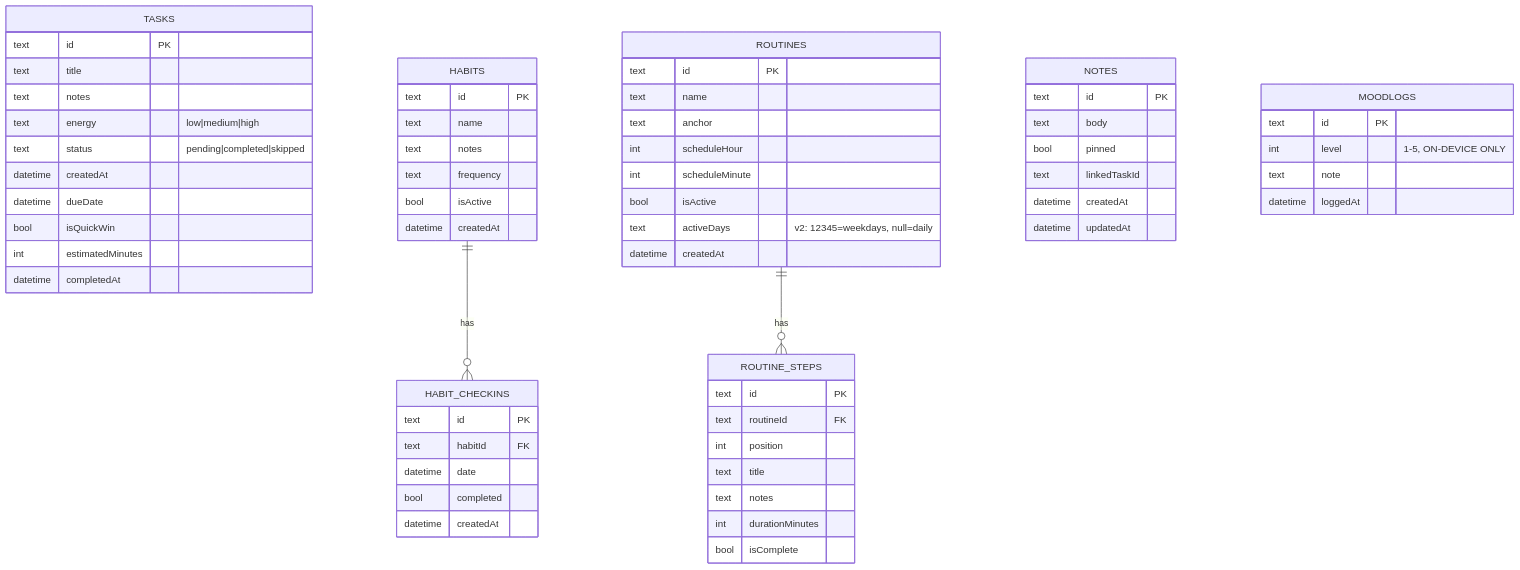
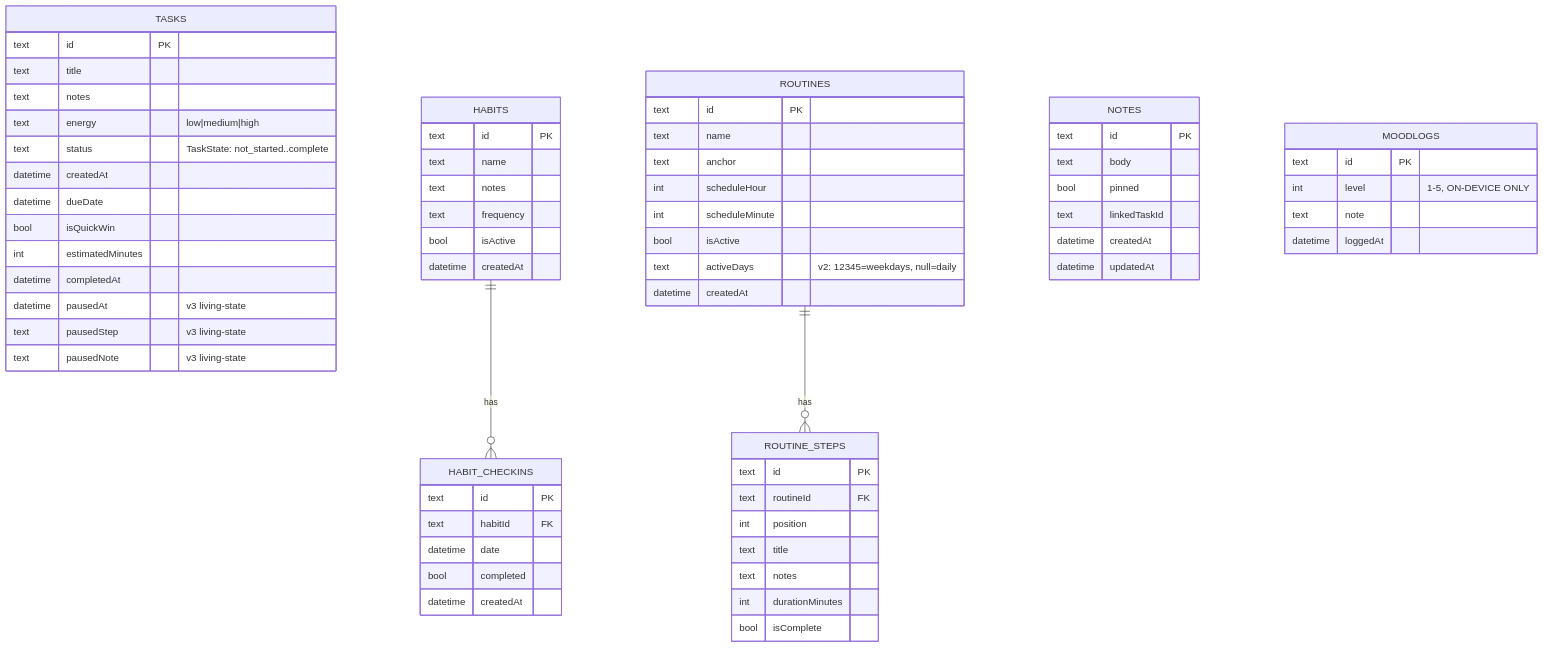
Before and after one commit to starwolf0007/ADD-Health-Tracking: the third of 6 diagrams in MERMAID_DIAGRAMS.md, drawn with Mermaid. The commit also changed other lines of this file and 5 other files, not shown here.

First line of the commit message:
Reconcile Continuity Binder with Phase 2 (living-state + timeline)

````diff
--- a/MERMAID_DIAGRAMS.md
+++ b/MERMAID_DIAGRAMS.md
@@ -105,66 +105,69 @@
 ```mermaid
 erDiagram
     TASKS {
         text id PK
         text title
         text notes
         text energy "low|medium|high"
-        text status "pending|completed|skipped"
+        text status "TaskState: not_started..complete"
         datetime createdAt
         datetime dueDate
         bool isQuickWin
         int estimatedMinutes
         datetime completedAt
+        datetime pausedAt "v3 living-state"
+        text pausedStep "v3 living-state"
+        text pausedNote "v3 living-state"
     }
     HABITS {
         text id PK
         text name
         text notes
         text frequency
         bool isActive
         datetime createdAt
     }
     HABIT_CHECKINS {
         text id PK
         text habitId FK
         datetime date
         bool completed
         datetime createdAt
     }
     ROUTINES {
         text id PK
         text name
         text anchor
         int scheduleHour
         int scheduleMinute
         bool isActive
         text activeDays "v2: 12345=weekdays, null=daily"
         datetime createdAt
     }
     ROUTINE_STEPS {
         text id PK
         text routineId FK
         int position
         text title
         text notes
         int durationMinutes
         bool isComplete
     }
     NOTES {
         text id PK
         text body
         bool pinned
         text linkedTaskId
         datetime createdAt
         datetime updatedAt
     }
     MOODLOGS {
         text id PK
         int level "1-5, ON-DEVICE ONLY"
         text note
         datetime loggedAt
     }
 
     HABITS ||--o{ HABIT_CHECKINS : "has"
     ROUTINES ||--o{ ROUTINE_STEPS : "has"
 ```
````
